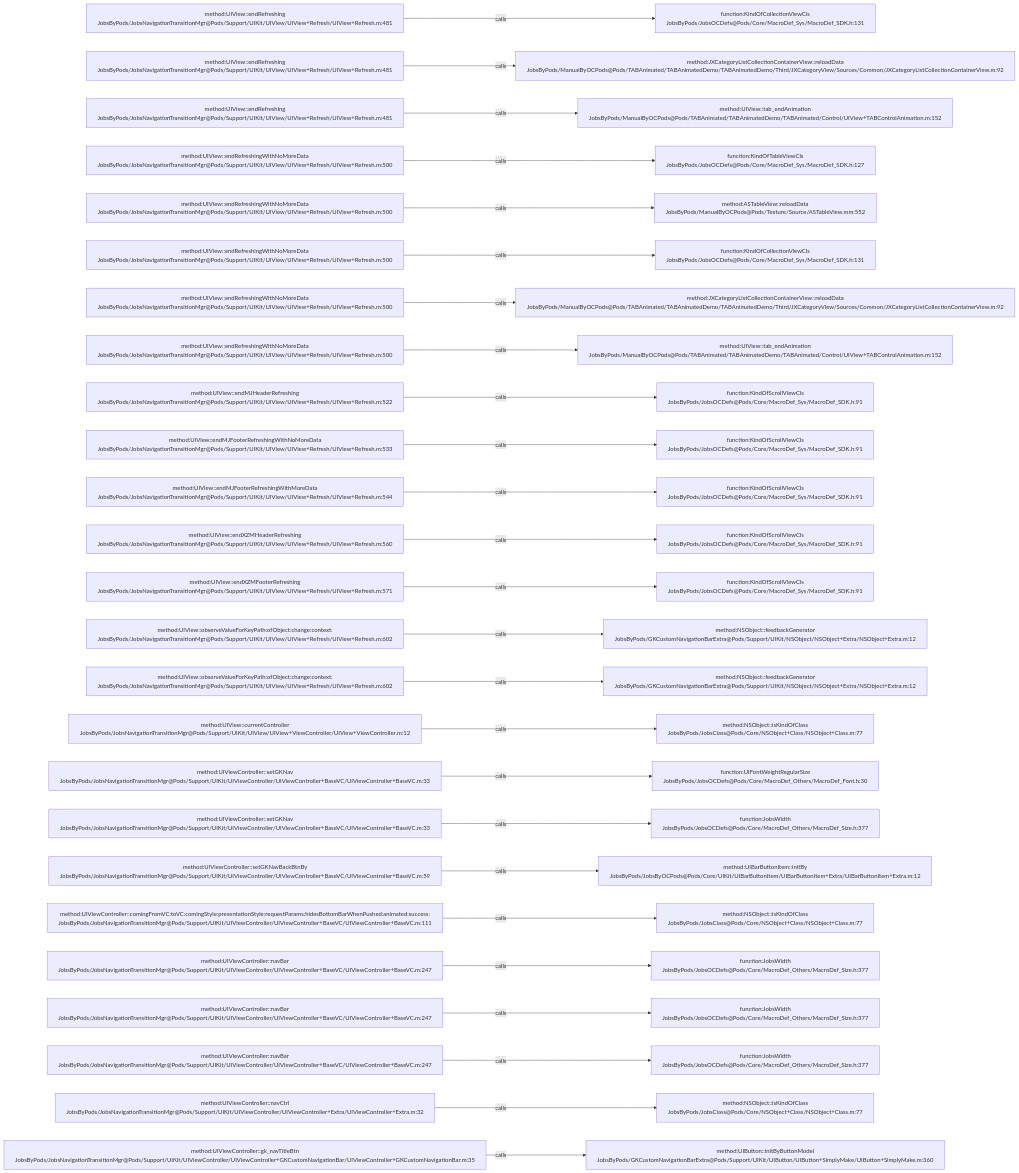
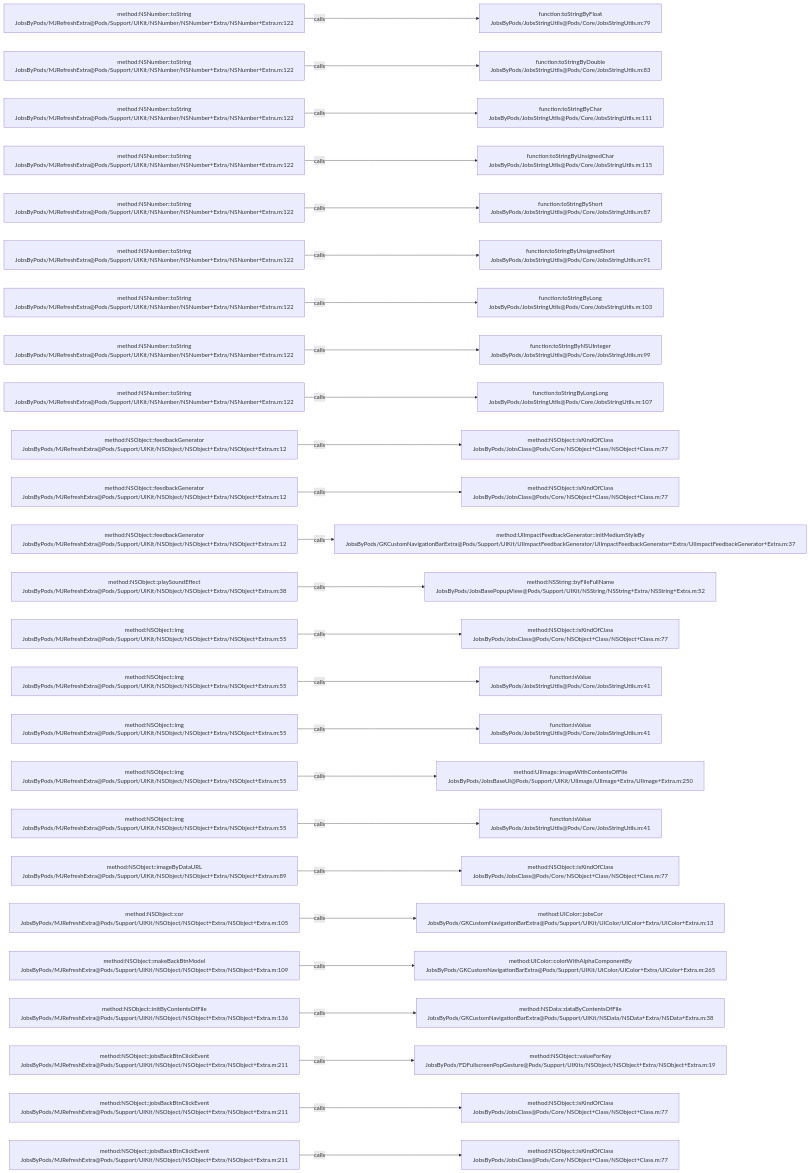
The diagram in .codegraph/codegraph.md/graphs/calls-176.md (JobsKits/JobsOCBaseConfigDemo), drawn with Mermaid before and after one commit. The commit also changed 1026 other files, not shown here.

````diff
--- a/.codegraph/codegraph.md/graphs/calls-176.md
+++ b/.codegraph/codegraph.md/graphs/calls-176.md
@@ -13,78 +13,78 @@
 ```mermaid
 flowchart LR
-  S1["method:UIView::endRefreshing<br/>JobsByPods/JobsNavigationTransitionMgr@Pods/Support/UIKit/UIView/UIView+Refresh/UIView+Refresh.m:481"]
-  T1["function:KindOfCollectionViewCls<br/>JobsByPods/JobsOCDefs@Pods/Core/MacroDef_Sys/MacroDef_SDK.h:131"]
+  S1["method:NSNumber::toString<br/>JobsByPods/MJRefreshExtra@Pods/Support/UIKit/NSNumber/NSNumber+Extra/NSNumber+Extra.m:122"]
+  T1["function:toStringByFloat<br/>JobsByPods/JobsStringUtils@Pods/Core/JobsStringUtils.m:79"]
   S1 -->|calls| T1
-  S2["method:UIView::endRefreshing<br/>JobsByPods/JobsNavigationTransitionMgr@Pods/Support/UIKit/UIView/UIView+Refresh/UIView+Refresh.m:481"]
-  T2["method:JXCategoryListCollectionContainerView::reloadData<br/>JobsByPods/ManualByOCPods@Pods/TABAnimated/TABAnimatedDemo/TABAnimatedDemo/Third/JXCategoryView/Sources/Common/JXCategoryListCollectionContainerView.m:92"]
+  S2["method:NSNumber::toString<br/>JobsByPods/MJRefreshExtra@Pods/Support/UIKit/NSNumber/NSNumber+Extra/NSNumber+Extra.m:122"]
+  T2["function:toStringByDouble<br/>JobsByPods/JobsStringUtils@Pods/Core/JobsStringUtils.m:83"]
   S2 -->|calls| T2
-  S3["method:UIView::endRefreshing<br/>JobsByPods/JobsNavigationTransitionMgr@Pods/Support/UIKit/UIView/UIView+Refresh/UIView+Refresh.m:481"]
-  T3["method:UIView::tab_endAnimation<br/>JobsByPods/ManualByOCPods@Pods/TABAnimated/TABAnimatedDemo/TABAnimated/Control/UIView+TABControlAnimation.m:152"]
+  S3["method:NSNumber::toString<br/>JobsByPods/MJRefreshExtra@Pods/Support/UIKit/NSNumber/NSNumber+Extra/NSNumber+Extra.m:122"]
+  T3["function:toStringByChar<br/>JobsByPods/JobsStringUtils@Pods/Core/JobsStringUtils.m:111"]
   S3 -->|calls| T3
-  S4["method:UIView::endRefreshingWithNoMoreData<br/>JobsByPods/JobsNavigationTransitionMgr@Pods/Support/UIKit/UIView/UIView+Refresh/UIView+Refresh.m:500"]
-  T4["function:KindOfTableViewCls<br/>JobsByPods/JobsOCDefs@Pods/Core/MacroDef_Sys/MacroDef_SDK.h:127"]
+  S4["method:NSNumber::toString<br/>JobsByPods/MJRefreshExtra@Pods/Support/UIKit/NSNumber/NSNumber+Extra/NSNumber+Extra.m:122"]
+  T4["function:toStringByUnsignedChar<br/>JobsByPods/JobsStringUtils@Pods/Core/JobsStringUtils.m:115"]
   S4 -->|calls| T4
-  S5["method:UIView::endRefreshingWithNoMoreData<br/>JobsByPods/JobsNavigationTransitionMgr@Pods/Support/UIKit/UIView/UIView+Refresh/UIView+Refresh.m:500"]
-  T5["method:ASTableView::reloadData<br/>JobsByPods/ManualByOCPods@Pods/Texture/Source/ASTableView.mm:552"]
+  S5["method:NSNumber::toString<br/>JobsByPods/MJRefreshExtra@Pods/Support/UIKit/NSNumber/NSNumber+Extra/NSNumber+Extra.m:122"]
+  T5["function:toStringByShort<br/>JobsByPods/JobsStringUtils@Pods/Core/JobsStringUtils.m:87"]
   S5 -->|calls| T5
-  S6["method:UIView::endRefreshingWithNoMoreData<br/>JobsByPods/JobsNavigationTransitionMgr@Pods/Support/UIKit/UIView/UIView+Refresh/UIView+Refresh.m:500"]
-  T6["function:KindOfCollectionViewCls<br/>JobsByPods/JobsOCDefs@Pods/Core/MacroDef_Sys/MacroDef_SDK.h:131"]
+  S6["method:NSNumber::toString<br/>JobsByPods/MJRefreshExtra@Pods/Support/UIKit/NSNumber/NSNumber+Extra/NSNumber+Extra.m:122"]
+  T6["function:toStringByUnsignedShort<br/>JobsByPods/JobsStringUtils@Pods/Core/JobsStringUtils.m:91"]
   S6 -->|calls| T6
-  S7["method:UIView::endRefreshingWithNoMoreData<br/>JobsByPods/JobsNavigationTransitionMgr@Pods/Support/UIKit/UIView/UIView+Refresh/UIView+Refresh.m:500"]
-  T7["method:JXCategoryListCollectionContainerView::reloadData<br/>JobsByPods/ManualByOCPods@Pods/TABAnimated/TABAnimatedDemo/TABAnimatedDemo/Third/JXCategoryView/Sources/Common/JXCategoryListCollectionContainerView.m:92"]
+  S7["method:NSNumber::toString<br/>JobsByPods/MJRefreshExtra@Pods/Support/UIKit/NSNumber/NSNumber+Extra/NSNumber+Extra.m:122"]
+  T7["function:toStringByLong<br/>JobsByPods/JobsStringUtils@Pods/Core/JobsStringUtils.m:103"]
   S7 -->|calls| T7
-  S8["method:UIView::endRefreshingWithNoMoreData<br/>JobsByPods/JobsNavigationTransitionMgr@Pods/Support/UIKit/UIView/UIView+Refresh/UIView+Refresh.m:500"]
-  T8["method:UIView::tab_endAnimation<br/>JobsByPods/ManualByOCPods@Pods/TABAnimated/TABAnimatedDemo/TABAnimated/Control/UIView+TABControlAnimation.m:152"]
+  S8["method:NSNumber::toString<br/>JobsByPods/MJRefreshExtra@Pods/Support/UIKit/NSNumber/NSNumber+Extra/NSNumber+Extra.m:122"]
+  T8["function:toStringByNSUInteger<br/>JobsByPods/JobsStringUtils@Pods/Core/JobsStringUtils.m:99"]
   S8 -->|calls| T8
-  S9["method:UIView::endMJHeaderRefreshing<br/>JobsByPods/JobsNavigationTransitionMgr@Pods/Support/UIKit/UIView/UIView+Refresh/UIView+Refresh.m:522"]
-  T9["function:KindOfScrollViewCls<br/>JobsByPods/JobsOCDefs@Pods/Core/MacroDef_Sys/MacroDef_SDK.h:91"]
+  S9["method:NSNumber::toString<br/>JobsByPods/MJRefreshExtra@Pods/Support/UIKit/NSNumber/NSNumber+Extra/NSNumber+Extra.m:122"]
+  T9["function:toStringByLongLong<br/>JobsByPods/JobsStringUtils@Pods/Core/JobsStringUtils.m:107"]
   S9 -->|calls| T9
-  S10["method:UIView::endMJFooterRefreshingWithNoMoreData<br/>JobsByPods/JobsNavigationTransitionMgr@Pods/Support/UIKit/UIView/UIView+Refresh/UIView+Refresh.m:533"]
-  T10["function:KindOfScrollViewCls<br/>JobsByPods/JobsOCDefs@Pods/Core/MacroDef_Sys/MacroDef_SDK.h:91"]
+  S10["method:NSObject::feedbackGenerator<br/>JobsByPods/MJRefreshExtra@Pods/Support/UIKit/NSObject/NSObject+Extra/NSObject+Extra.m:12"]
+  T10["method:NSObject::isKindOfClass<br/>JobsByPods/JobsClass@Pods/Core/NSObject+Class/NSObject+Class.m:77"]
   S10 -->|calls| T10
-  S11["method:UIView::endMJFooterRefreshingWithMoreData<br/>JobsByPods/JobsNavigationTransitionMgr@Pods/Support/UIKit/UIView/UIView+Refresh/UIView+Refresh.m:544"]
-  T11["function:KindOfScrollViewCls<br/>JobsByPods/JobsOCDefs@Pods/Core/MacroDef_Sys/MacroDef_SDK.h:91"]
+  S11["method:NSObject::feedbackGenerator<br/>JobsByPods/MJRefreshExtra@Pods/Support/UIKit/NSObject/NSObject+Extra/NSObject+Extra.m:12"]
+  T11["method:NSObject::isKindOfClass<br/>JobsByPods/JobsClass@Pods/Core/NSObject+Class/NSObject+Class.m:77"]
   S11 -->|calls| T11
-  S12["method:UIView::endXZMHeaderRefreshing<br/>JobsByPods/JobsNavigationTransitionMgr@Pods/Support/UIKit/UIView/UIView+Refresh/UIView+Refresh.m:560"]
-  T12["function:KindOfScrollViewCls<br/>JobsByPods/JobsOCDefs@Pods/Core/MacroDef_Sys/MacroDef_SDK.h:91"]
+  S12["method:NSObject::feedbackGenerator<br/>JobsByPods/MJRefreshExtra@Pods/Support/UIKit/NSObject/NSObject+Extra/NSObject+Extra.m:12"]
+  T12["method:UIImpactFeedbackGenerator::initMediumStyleBy<br/>JobsByPods/GKCustomNavigationBarExtra@Pods/Support/UIKit/UIImpactFeedbackGenerator/UIImpactFeedbackGenerator+Extra/UIImpactFeedbackGenerator+Extra.m:37"]
   S12 -->|calls| T12
-  S13["method:UIView::endXZMFooterRefreshing<br/>JobsByPods/JobsNavigationTransitionMgr@Pods/Support/UIKit/UIView/UIView+Refresh/UIView+Refresh.m:571"]
-  T13["function:KindOfScrollViewCls<br/>JobsByPods/JobsOCDefs@Pods/Core/MacroDef_Sys/MacroDef_SDK.h:91"]
+  S13["method:NSObject::playSoundEffect<br/>JobsByPods/MJRefreshExtra@Pods/Support/UIKit/NSObject/NSObject+Extra/NSObject+Extra.m:38"]
+  T13["method:NSString::byFileFullName<br/>JobsByPods/JobsBasePopupView@Pods/Support/UIKit/NSString/NSString+Extra/NSString+Extra.m:52"]
   S13 -->|calls| T13
-  S14["method:UIView::observeValueForKeyPath:ofObject:change:context:<br/>JobsByPods/JobsNavigationTransitionMgr@Pods/Support/UIKit/UIView/UIView+Refresh/UIView+Refresh.m:602"]
-  T14["method:NSObject::feedbackGenerator<br/>JobsByPods/GKCustomNavigationBarExtra@Pods/Support/UIKit/NSObject/NSObject+Extra/NSObject+Extra.m:12"]
+  S14["method:NSObject::img<br/>JobsByPods/MJRefreshExtra@Pods/Support/UIKit/NSObject/NSObject+Extra/NSObject+Extra.m:55"]
+  T14["method:NSObject::isKindOfClass<br/>JobsByPods/JobsClass@Pods/Core/NSObject+Class/NSObject+Class.m:77"]
   S14 -->|calls| T14
-  S15["method:UIView::observeValueForKeyPath:ofObject:change:context:<br/>JobsByPods/JobsNavigationTransitionMgr@Pods/Support/UIKit/UIView/UIView+Refresh/UIView+Refresh.m:602"]
-  T15["method:NSObject::feedbackGenerator<br/>JobsByPods/GKCustomNavigationBarExtra@Pods/Support/UIKit/NSObject/NSObject+Extra/NSObject+Extra.m:12"]
+  S15["method:NSObject::img<br/>JobsByPods/MJRefreshExtra@Pods/Support/UIKit/NSObject/NSObject+Extra/NSObject+Extra.m:55"]
+  T15["function:isValue<br/>JobsByPods/JobsStringUtils@Pods/Core/JobsStringUtils.m:41"]
   S15 -->|calls| T15
-  S16["method:UIView::currentController<br/>JobsByPods/JobsNavigationTransitionMgr@Pods/Support/UIKit/UIView/UIView+ViewController/UIView+ViewController.m:12"]
-  T16["method:NSObject::isKindOfClass<br/>JobsByPods/JobsClass@Pods/Core/NSObject+Class/NSObject+Class.m:77"]
+  S16["method:NSObject::img<br/>JobsByPods/MJRefreshExtra@Pods/Support/UIKit/NSObject/NSObject+Extra/NSObject+Extra.m:55"]
+  T16["function:isValue<br/>JobsByPods/JobsStringUtils@Pods/Core/JobsStringUtils.m:41"]
   S16 -->|calls| T16
-  S17["method:UIViewController::setGKNav<br/>JobsByPods/JobsNavigationTransitionMgr@Pods/Support/UIKit/UIViewController/UIViewController+BaseVC/UIViewController+BaseVC.m:33"]
-  T17["function:UIFontWeightRegularSize<br/>JobsByPods/JobsOCDefs@Pods/Core/MacroDef_Others/MacroDef_Font.h:30"]
+  S17["method:NSObject::img<br/>JobsByPods/MJRefreshExtra@Pods/Support/UIKit/NSObject/NSObject+Extra/NSObject+Extra.m:55"]
+  T17["method:UIImage::imageWithContentsOfFile<br/>JobsByPods/JobsBaseUI@Pods/Support/UIKit/UIImage/UIImage+Extra/UIImage+Extra.m:250"]
   S17 -->|calls| T17
-  S18["method:UIViewController::setGKNav<br/>JobsByPods/JobsNavigationTransitionMgr@Pods/Support/UIKit/UIViewController/UIViewController+BaseVC/UIViewController+BaseVC.m:33"]
-  T18["function:JobsWidth<br/>JobsByPods/JobsOCDefs@Pods/Core/MacroDef_Others/MacroDef_Size.h:377"]
+  S18["method:NSObject::img<br/>JobsByPods/MJRefreshExtra@Pods/Support/UIKit/NSObject/NSObject+Extra/NSObject+Extra.m:55"]
+  T18["function:isValue<br/>JobsByPods/JobsStringUtils@Pods/Core/JobsStringUtils.m:41"]
   S18 -->|calls| T18
-  S19["method:UIViewController::setGKNavBackBtnBy<br/>JobsByPods/JobsNavigationTransitionMgr@Pods/Support/UIKit/UIViewController/UIViewController+BaseVC/UIViewController+BaseVC.m:59"]
-  T19["method:UIBarButtonItem::initBy<br/>JobsByPods/JobsByOCPods@Pods/Core/UIKit/UIBarButtonItem/UIBarButtonItem+Extra/UIBarButtonItem+Extra.m:12"]
+  S19["method:NSObject::imageByDataURL<br/>JobsByPods/MJRefreshExtra@Pods/Support/UIKit/NSObject/NSObject+Extra/NSObject+Extra.m:89"]
+  T19["method:NSObject::isKindOfClass<br/>JobsByPods/JobsClass@Pods/Core/NSObject+Class/NSObject+Class.m:77"]
   S19 -->|calls| T19
-  S20["method:UIViewController::comingFromVC:toVC:comingStyle:presentationStyle:requestParams:hidesBottomBarWhenPushed:animated:success:<br/>JobsByPods/JobsNavigationTransitionMgr@Pods/Support/UIKit/UIViewController/UIViewController+BaseVC/UIViewController+BaseVC.m:111"]
-  T20["method:NSObject::isKindOfClass<br/>JobsByPods/JobsClass@Pods/Core/NSObject+Class/NSObject+Class.m:77"]
+  S20["method:NSObject::cor<br/>JobsByPods/MJRefreshExtra@Pods/Support/UIKit/NSObject/NSObject+Extra/NSObject+Extra.m:105"]
+  T20["method:UIColor::jobsCor<br/>JobsByPods/GKCustomNavigationBarExtra@Pods/Support/UIKit/UIColor/UIColor+Extra/UIColor+Extra.m:13"]
   S20 -->|calls| T20
-  S21["method:UIViewController::navBar<br/>JobsByPods/JobsNavigationTransitionMgr@Pods/Support/UIKit/UIViewController/UIViewController+BaseVC/UIViewController+BaseVC.m:247"]
-  T21["function:JobsWidth<br/>JobsByPods/JobsOCDefs@Pods/Core/MacroDef_Others/MacroDef_Size.h:377"]
+  S21["method:NSObject::makeBackBtnModel<br/>JobsByPods/MJRefreshExtra@Pods/Support/UIKit/NSObject/NSObject+Extra/NSObject+Extra.m:109"]
+  T21["method:UIColor::colorWithAlphaComponentBy<br/>JobsByPods/GKCustomNavigationBarExtra@Pods/Support/UIKit/UIColor/UIColor+Extra/UIColor+Extra.m:265"]
   S21 -->|calls| T21
-  S22["method:UIViewController::navBar<br/>JobsByPods/JobsNavigationTransitionMgr@Pods/Support/UIKit/UIViewController/UIViewController+BaseVC/UIViewController+BaseVC.m:247"]
-  T22["function:JobsWidth<br/>JobsByPods/JobsOCDefs@Pods/Core/MacroDef_Others/MacroDef_Size.h:377"]
+  S22["method:NSObject::initByContentsOfFile<br/>JobsByPods/MJRefreshExtra@Pods/Support/UIKit/NSObject/NSObject+Extra/NSObject+Extra.m:136"]
+  T22["method:NSData::dataByContentsOfFile<br/>JobsByPods/GKCustomNavigationBarExtra@Pods/Support/UIKit/NSData/NSData+Extra/NSData+Extra.m:38"]
   S22 -->|calls| T22
-  S23["method:UIViewController::navBar<br/>JobsByPods/JobsNavigationTransitionMgr@Pods/Support/UIKit/UIViewController/UIViewController+BaseVC/UIViewController+BaseVC.m:247"]
-  T23["function:JobsWidth<br/>JobsByPods/JobsOCDefs@Pods/Core/MacroDef_Others/MacroDef_Size.h:377"]
+  S23["method:NSObject::jobsBackBtnClickEvent<br/>JobsByPods/MJRefreshExtra@Pods/Support/UIKit/NSObject/NSObject+Extra/NSObject+Extra.m:211"]
+  T23["method:NSObject::valueForKey<br/>JobsByPods/FDFullscreenPopGesture@Pods/Support/UIKits/NSObject/NSObject+Extra/NSObject+Extra.m:19"]
   S23 -->|calls| T23
-  S24["method:UIViewController::navCtrl<br/>JobsByPods/JobsNavigationTransitionMgr@Pods/Support/UIKit/UIViewController/UIViewController+Extra/UIViewController+Extra.m:32"]
+  S24["method:NSObject::jobsBackBtnClickEvent<br/>JobsByPods/MJRefreshExtra@Pods/Support/UIKit/NSObject/NSObject+Extra/NSObject+Extra.m:211"]
   T24["method:NSObject::isKindOfClass<br/>JobsByPods/JobsClass@Pods/Core/NSObject+Class/NSObject+Class.m:77"]
   S24 -->|calls| T24
-  S25["method:UIViewController::gk_navTitleBtn<br/>JobsByPods/JobsNavigationTransitionMgr@Pods/Support/UIKit/UIViewController/UIViewController+GKCustomNavigationBar/UIViewController+GKCustomNavigationBar.m:35"]
-  T25["method:UIButton::initByButtonModel<br/>JobsByPods/GKCustomNavigationBarExtra@Pods/Support/UIKit/UIButton/UIButton+SimplyMake/UIButton+SimplyMake.m:360"]
+  S25["method:NSObject::jobsBackBtnClickEvent<br/>JobsByPods/MJRefreshExtra@Pods/Support/UIKit/NSObject/NSObject+Extra/NSObject+Extra.m:211"]
+  T25["method:NSObject::isKindOfClass<br/>JobsByPods/JobsClass@Pods/Core/NSObject+Class/NSObject+Class.m:77"]
   S25 -->|calls| T25
 ```
````
